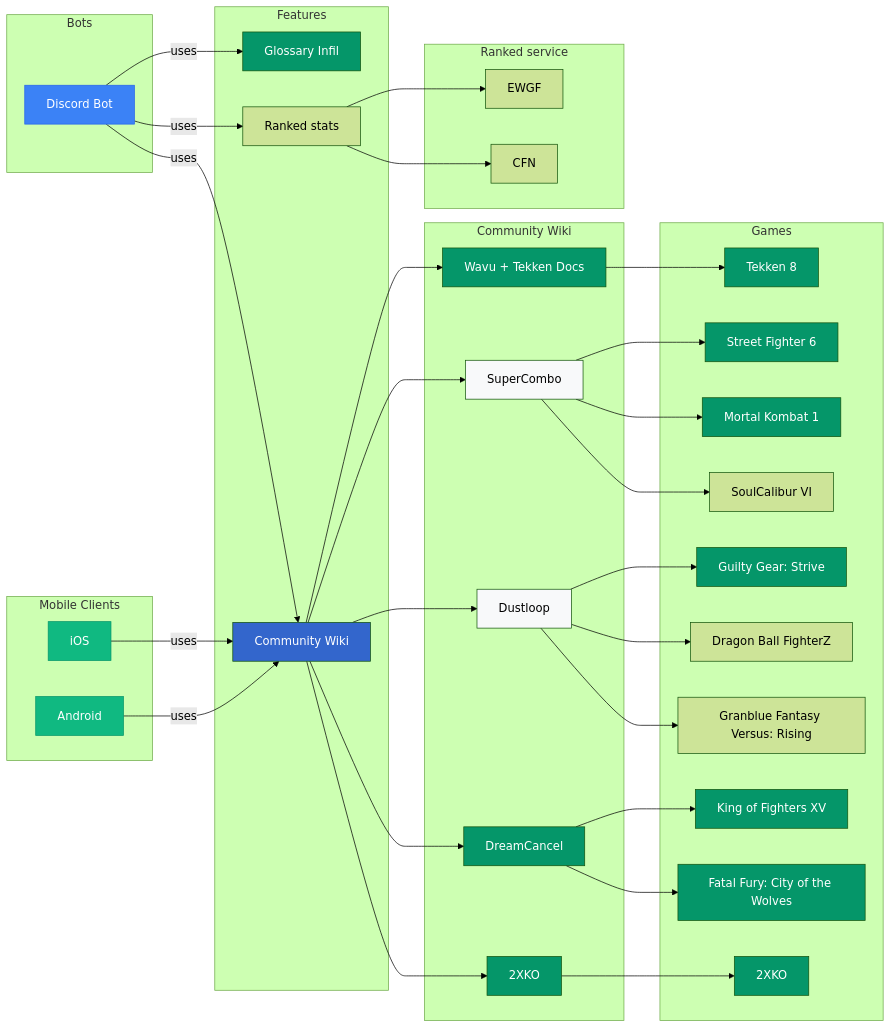
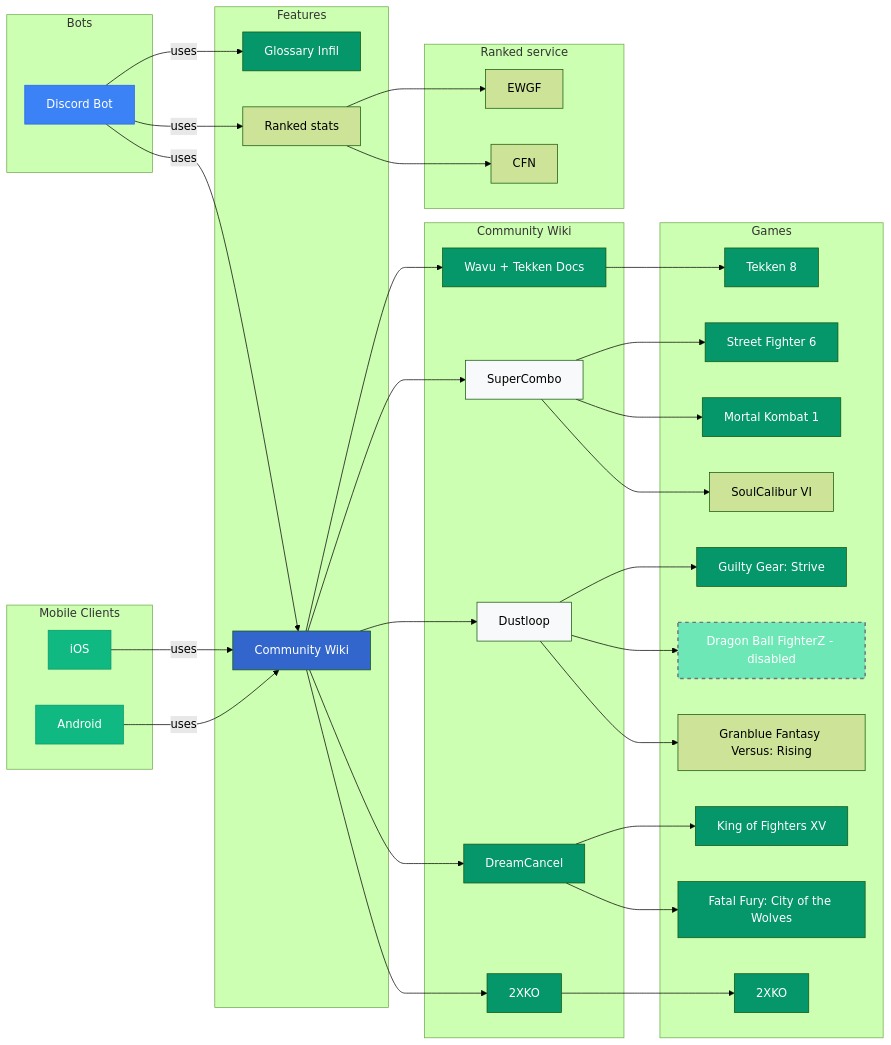
One commit to Sophon/FightingNerd changed the diagram in mermaid/modules.mmd. Above: the diagram before and after it, drawn with Mermaid (forest theme). The commit also changed 1 other file, not shown here.

Commit message:
doc (mermaid): modules

```diff
--- a/mermaid/modules.mmd
+++ b/mermaid/modules.mmd
@@ -1,87 +1,88 @@
 graph LR
     subgraph Bots
         discordBot[Discord Bot]
     end
 
     subgraph "Mobile Clients"
         android[Android]
         iOS[iOS]
     end
 
     subgraph Features
         glossaryInfil[Glossary Infil]
         communityWiki[Community Wiki]
         elo[Ranked stats]
     end
 
     subgraph Community Wiki
         wikiWavu[Wavu + Tekken Docs]
         supercombo[SuperCombo]
         2xko[2XKO]
         dustloop[Dustloop]
         dreamcancel[DreamCancel]
     end
 
     subgraph Games
         t8[Tekken 8]
         sf6[Street Fighter 6]
         mk1[Mortal Kombat 1]
         sc6[SoulCalibur VI]
         ggst[Guilty Gear: Strive]
-        dbfz[Dragon Ball FighterZ]
+        dbfz[Dragon Ball FighterZ - disabled]
         gbvsr[Granblue Fantasy Versus: Rising]
         kof15[King of Fighters XV]
         cotw[Fatal Fury: City of the Wolves]
         xko[2XKO]
     end
 
     subgraph Ranked service
         ewgf[EWGF]
         cfn[CFN]
     end
 
     android -->|uses| communityWiki
     iOS -->|uses| communityWiki
 
     discordBot -->|uses| glossaryInfil
     discordBot -->|uses| communityWiki
     discordBot -->|uses| elo
 
     communityWiki --> wikiWavu
     communityWiki --> supercombo
     communityWiki --> 2xko
     communityWiki --> dreamcancel
     communityWiki --> dustloop
 
     elo --> ewgf
     elo --> cfn
 
     wikiWavu --> t8
     supercombo --> sf6
     supercombo --> mk1
     supercombo --> sc6
     dustloop --> ggst
     dustloop --> dbfz
     dustloop --> gbvsr
     2xko --> xko
     dreamcancel --> kof15
     dreamcancel --> cotw
 
 
     style discordBot fill:#3B82F6,stroke:#2563EB,color:#fff
     style android fill:#10B981,stroke:#059669,color:#fff
     style iOS fill:#10B981,stroke:#059669,color:#fff
     style glossaryInfil fill:#059669,color:#fff
     style communityWiki fill:#3366CC,color:#fff
     style wikiWavu fill:#059669,color:#fff
     style supercombo fill:#F8F9FA,color:#000000
     style dreamcancel fill:#059669, color:#fff
     style dustloop fill:#F8F9FA,color:#000000
     style 2xko fill:#059669,color:#fff
     style t8 fill:#059669, color:#fff
     style sf6 fill:#059669, color:#fff
     style xko fill:#059669, color:#fff
     style kof15 fill:#059669,color:#fff
     style cotw fill:#059669,color:#fff
     style ggst fill:#059669,color:#fff
     style mk1 fill:#059669,color:#fff
+    style dbfz fill:#6EE7B7,color:#fff,stroke:#6B7280,stroke-width:2,stroke-dasharray:5 5
```
